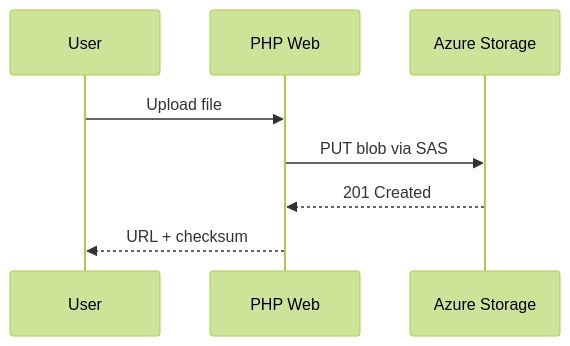
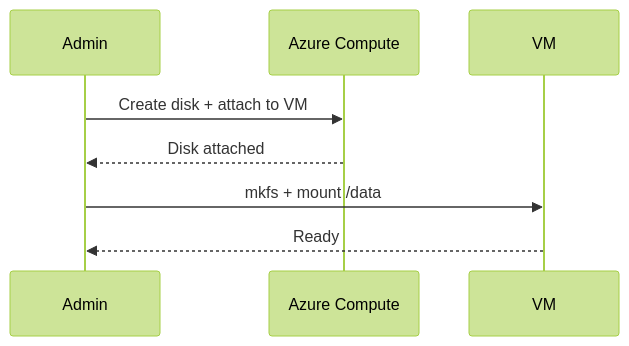
One commit to heisthesisko/azure-se-bootcamp changed the second of 2 diagrams in Azure_Storage/modules/Module03-Azure_Disk_Storage.md. Above: the diagram before and after it, drawn with Mermaid (forest theme). The commit also changed other lines of this file and 213 other files, not shown here.

````diff
--- a/Azure_Storage/modules/Module03-Azure_Disk_Storage.md
+++ b/Azure_Storage/modules/Module03-Azure_Disk_Storage.md
@@ -34,10 +21,9 @@
 ```mermaid
 sequenceDiagram
-  participant User
-  participant Web as PHP Web
-  participant SA as Azure Storage
-  User->>Web: Upload file
-  Web->>SA: PUT blob via SAS
-  SA-->>Web: 201 Created
-  Web-->>User: URL + checksum
+  participant Admin
+  participant Azure as Azure Compute
+  Admin->>Azure: Create disk + attach to VM
+  Azure-->>Admin: Disk attached
+  Admin->>VM: mkfs + mount /data
+  VM-->>Admin: Ready
 ```
````
